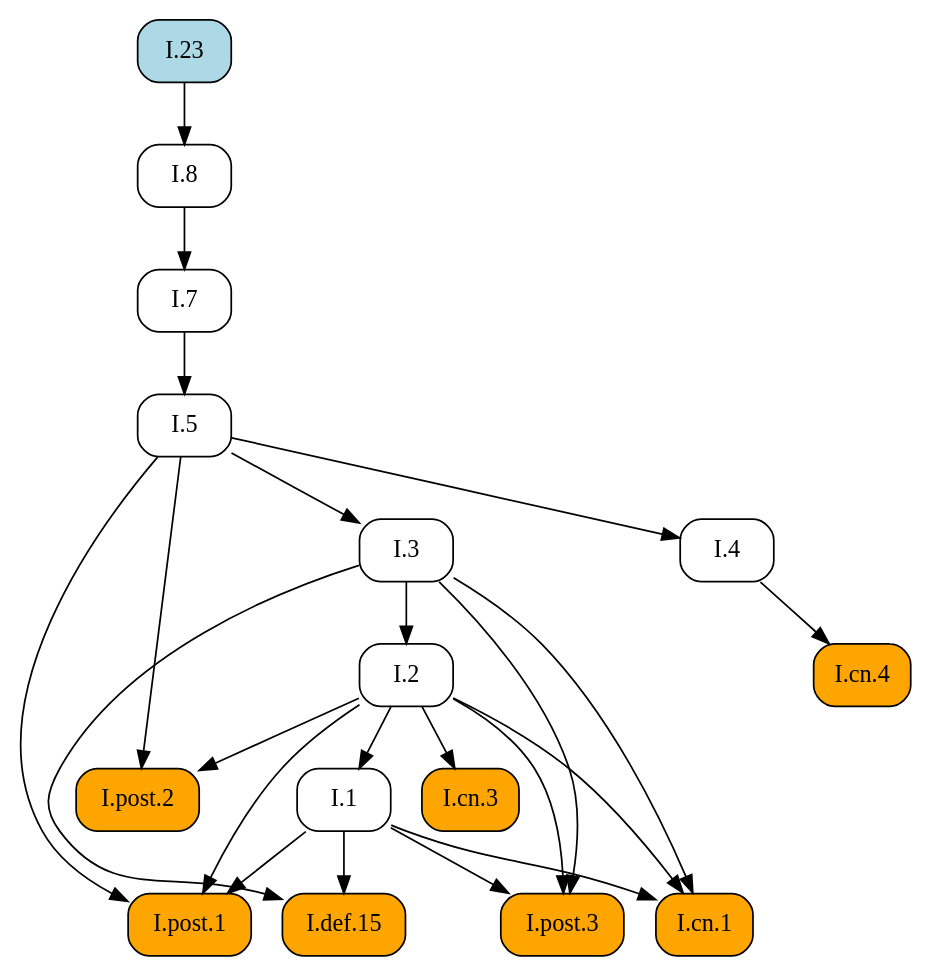
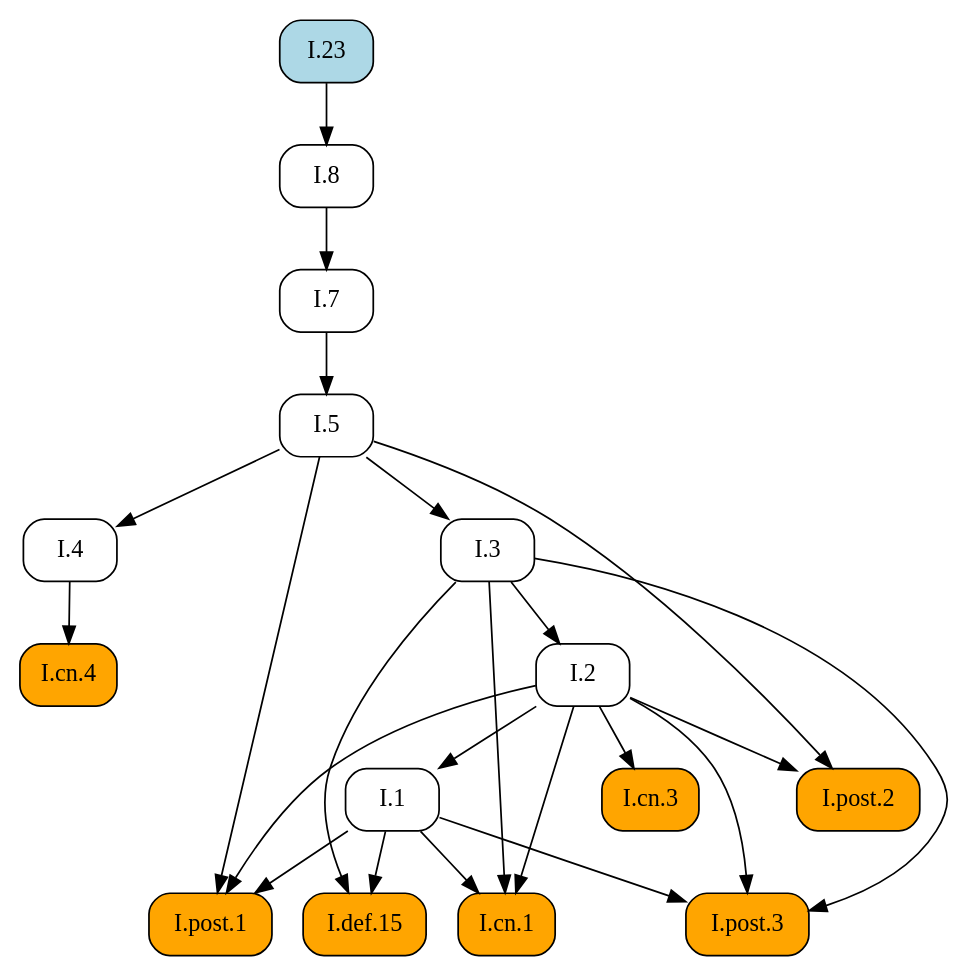
The diagram in docsrc/elements2/I/23/index.rst (geometor/elements), drawn with Graphviz before and after one commit. The commit also changed other lines of this file and 171 other files, not shown here.

```diff
--- a/docsrc/elements2/I/23/index.rst
+++ b/docsrc/elements2/I/23/index.rst
@@ -41,43 +41,43 @@
 .. graphviz::
 
    digraph {
      rankdir="TB";
      node [shape=box, style=rounded];
-     "I.post.2" [style="rounded,filled", fillcolor=orange, URL="/elements2/I/post.2/", target="_top"];
+     "I.8" [URL="/elements2/I/8/", target="_top"];
+     "I.2" [URL="/elements2/I/2/", target="_top"];
      "I.1" [URL="/elements2/I/1/", target="_top"];
-     "I.8" [URL="/elements2/I/8/", target="_top"];
+     "I.cn.4" [style="rounded,filled", fillcolor=orange, URL="/elements2/I/cn.4/", target="_top"];
+     "I.cn.3" [style="rounded,filled", fillcolor=orange, URL="/elements2/I/cn.3/", target="_top"];
+     "I.def.15" [style="rounded,filled", fillcolor=orange, URL="/elements2/I/def.15/", target="_top"];
+     "I.23" [style="rounded,filled", fillcolor=lightblue, URL="/elements2/I/23/", target="_top"];
+     "I.4" [URL="/elements2/I/4/", target="_top"];
      "I.7" [URL="/elements2/I/7/", target="_top"];
      "I.post.1" [style="rounded,filled", fillcolor=orange, URL="/elements2/I/post.1/", target="_top"];
-     "I.2" [URL="/elements2/I/2/", target="_top"];
      "I.3" [URL="/elements2/I/3/", target="_top"];
+     "I.post.2" [style="rounded,filled", fillcolor=orange, URL="/elements2/I/post.2/", target="_top"];
+     "I.5" [URL="/elements2/I/5/", target="_top"];
      "I.cn.1" [style="rounded,filled", fillcolor=orange, URL="/elements2/I/cn.1/", target="_top"];
-     "I.cn.3" [style="rounded,filled", fillcolor=orange, URL="/elements2/I/cn.3/", target="_top"];
-     "I.23" [style="rounded,filled", fillcolor=lightblue, URL="/elements2/I/23/", target="_top"];
-     "I.def.15" [style="rounded,filled", fillcolor=orange, URL="/elements2/I/def.15/", target="_top"];
-     "I.cn.4" [style="rounded,filled", fillcolor=orange, URL="/elements2/I/cn.4/", target="_top"];
      "I.post.3" [style="rounded,filled", fillcolor=orange, URL="/elements2/I/post.3/", target="_top"];
-     "I.5" [URL="/elements2/I/5/", target="_top"];
-     "I.4" [URL="/elements2/I/4/", target="_top"];
-     "I.2" -> "I.post.2";
-     "I.5" -> "I.post.2";
+     "I.23" -> "I.8";
+     "I.3" -> "I.2";
      "I.2" -> "I.1";
-     "I.23" -> "I.8";
+     "I.4" -> "I.cn.4";
+     "I.2" -> "I.cn.3";
+     "I.1" -> "I.def.15";
+     "I.3" -> "I.def.15";
+     "I.5" -> "I.4";
      "I.8" -> "I.7";
      "I.1" -> "I.post.1";
      "I.2" -> "I.post.1";
      "I.5" -> "I.post.1";
-     "I.3" -> "I.2";
      "I.5" -> "I.3";
+     "I.2" -> "I.post.2";
+     "I.5" -> "I.post.2";
+     "I.7" -> "I.5";
      "I.1" -> "I.cn.1";
      "I.2" -> "I.cn.1";
      "I.3" -> "I.cn.1";
-     "I.2" -> "I.cn.3";
-     "I.1" -> "I.def.15";
-     "I.3" -> "I.def.15";
-     "I.4" -> "I.cn.4";
      "I.1" -> "I.post.3";
      "I.2" -> "I.post.3";
      "I.3" -> "I.post.3";
-     "I.7" -> "I.5";
-     "I.5" -> "I.4";
    }
```
